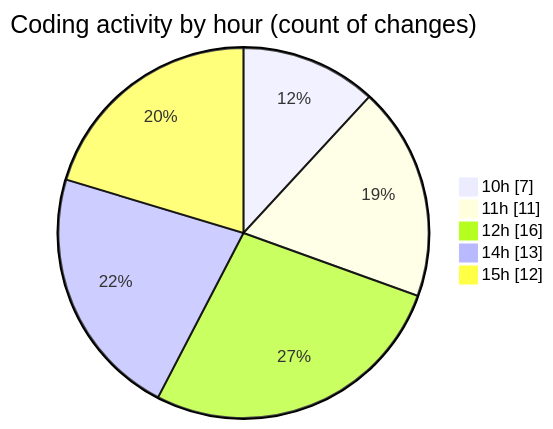
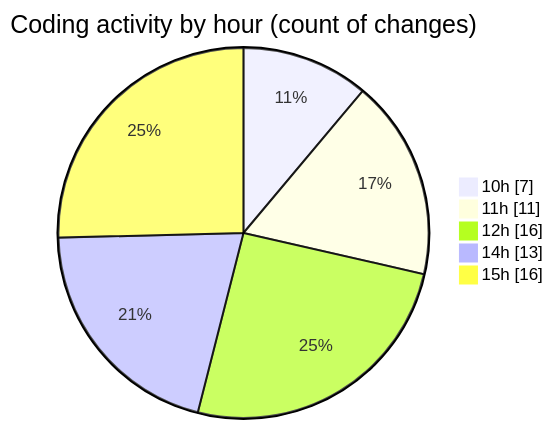
Before and after one commit to igalym/code-tracking: the second of 2 diagrams in 2026-03-31/cinema/README.md, drawn with Mermaid. The commit also changed other lines of this file and 1 other file, not shown here.

````diff
--- a/2026-03-31/cinema/README.md
+++ b/2026-03-31/cinema/README.md
@@ -45,9 +45,9 @@
 ```mermaid
 pie showData
 title Coding activity by hour (count of changes)
 "10h" : 7
 "11h" : 11
 "12h" : 16
 "14h" : 13
-"15h" : 12
+"15h" : 16
 ```
````
